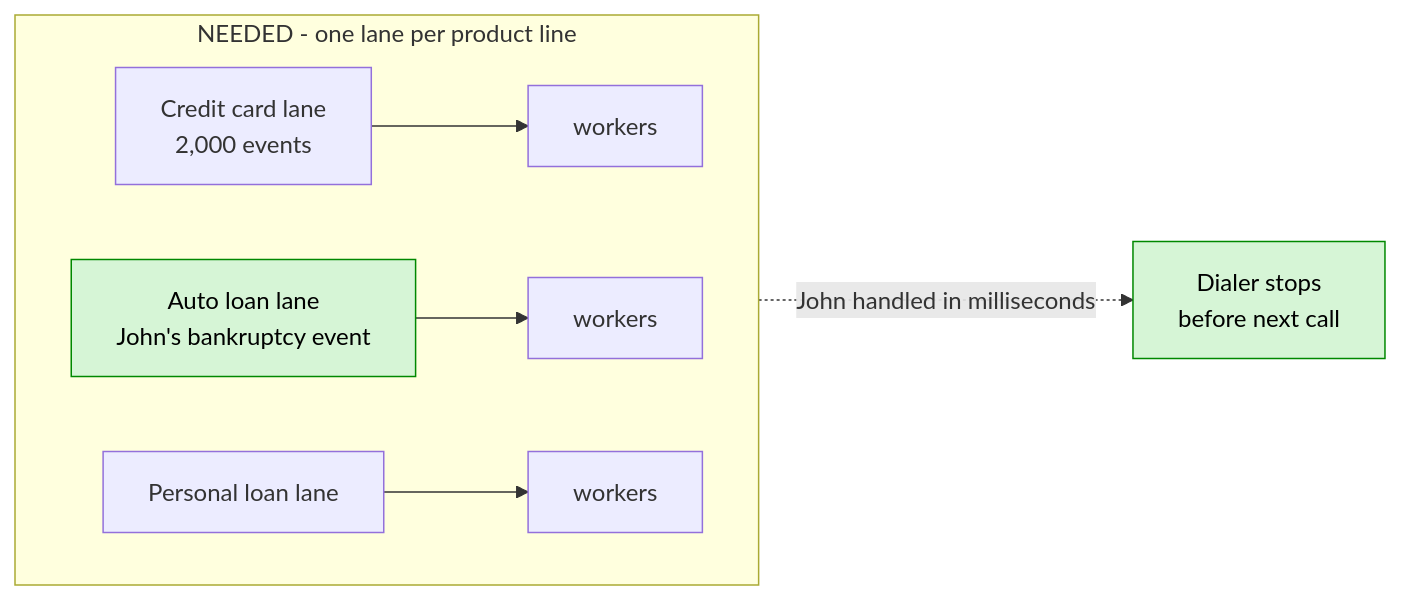
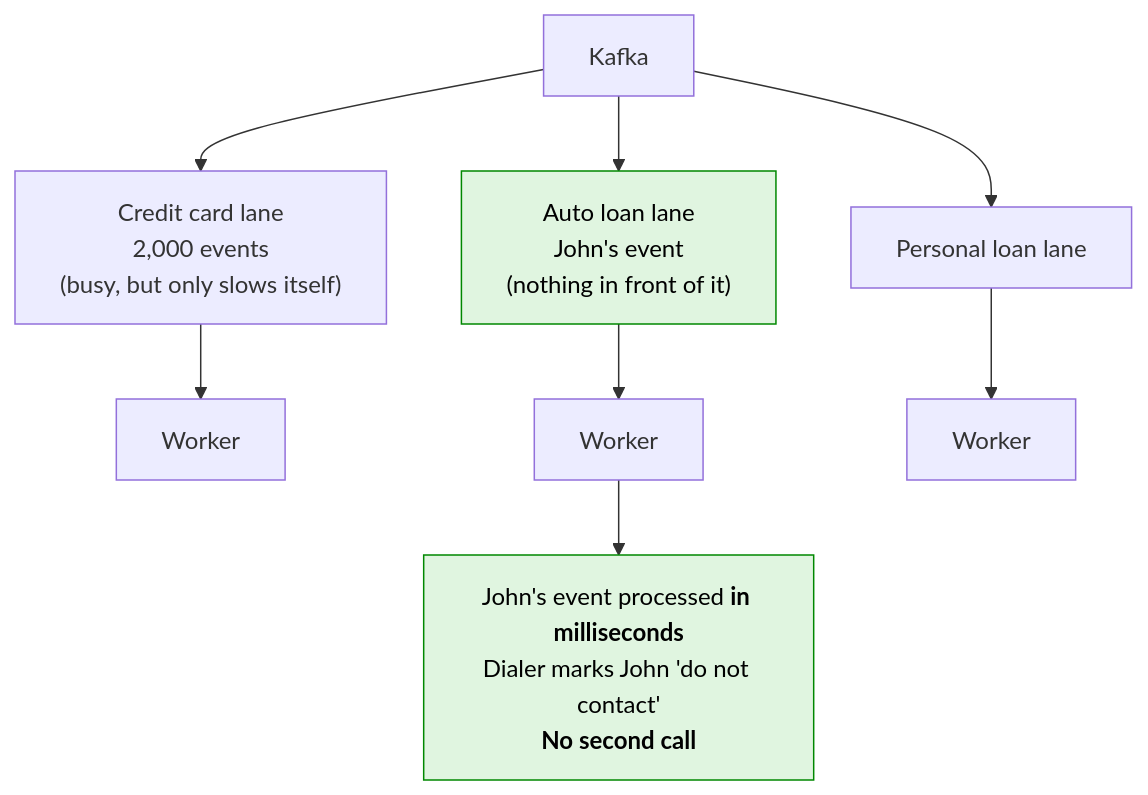
The fourth of 5 diagrams in docs/problem-statement.md (eresh-thekbr/multi-tenant-streaming), drawn with Mermaid before and after one commit. The commit also changed other lines of this file, not shown here.

Commit message:
Simplify problem diagrams and show agent replies in call example

````diff
--- a/docs/problem-statement.md
+++ b/docs/problem-statement.md
@@ -155,12 +131,13 @@
 ```mermaid
-flowchart LR
-    subgraph Needed["NEEDED - one lane per product line"]
-        direction LR
-        N1["Credit card lane<br/>2,000 events"] --> W1["workers"]
-        N2["Auto loan lane<br/>John's bankruptcy event"] --> W2["workers"]
-        N3["Personal loan lane"] --> W3["workers"]
-    end
-    W2 -. "John handled in milliseconds" .-> OK["Dialer stops<br/>before next call"]
-    style N2 fill:#d6f5d6,stroke:#080,color:#000
-    style OK fill:#d6f5d6,stroke:#080,color:#000
+flowchart TB
+    K["Kafka"] --> CCL & ALL & PLL
+    CCL["Credit card lane<br/>2,000 events<br/>(busy, but only slows itself)"]
+    ALL["Auto loan lane<br/>John's event<br/>(nothing in front of it)"]
+    PLL["Personal loan lane"]
+    CCL --> W1["Worker"]
+    ALL --> W2["Worker"]
+    PLL --> W3["Worker"]
+    W2 --> OK["John's event processed <b>in milliseconds</b><br/>Dialer marks John 'do not contact'<br/><b>No second call</b>"]
+    style ALL fill:#e0f5e0,stroke:#080,color:#000
+    style OK fill:#e0f5e0,stroke:#080,color:#000
 ```
````
